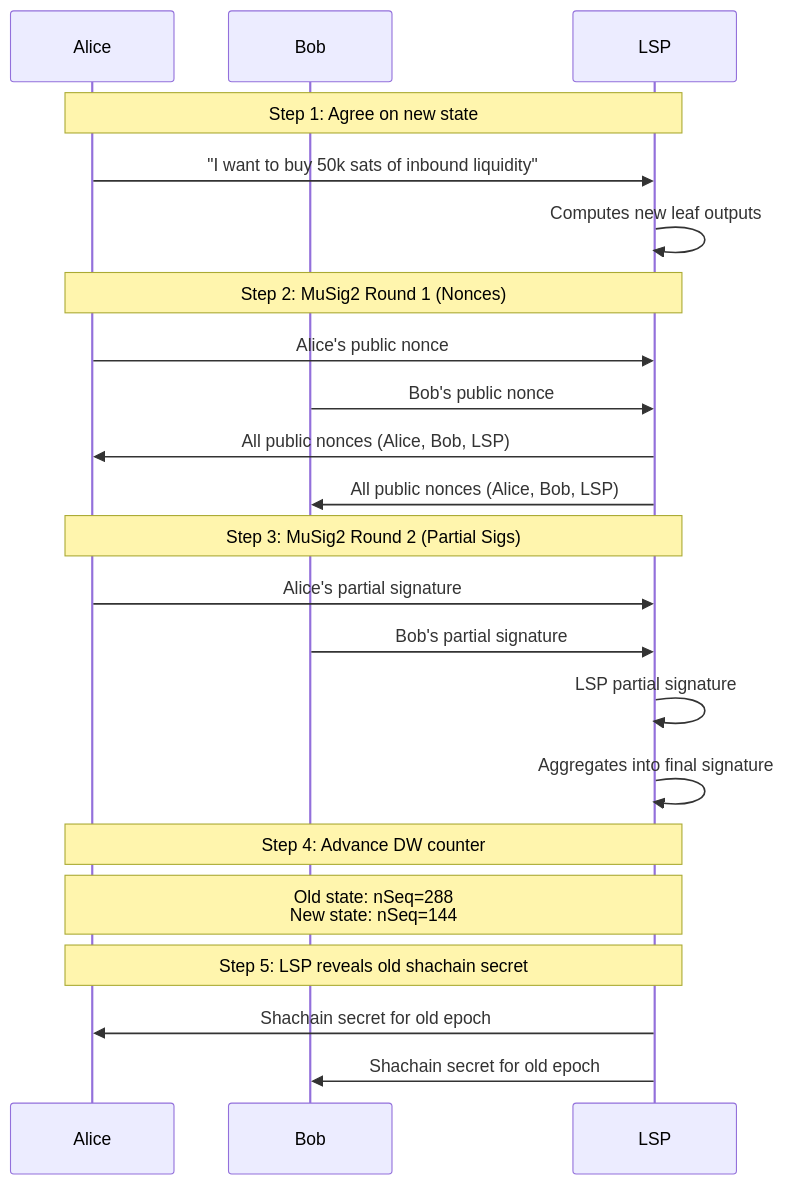
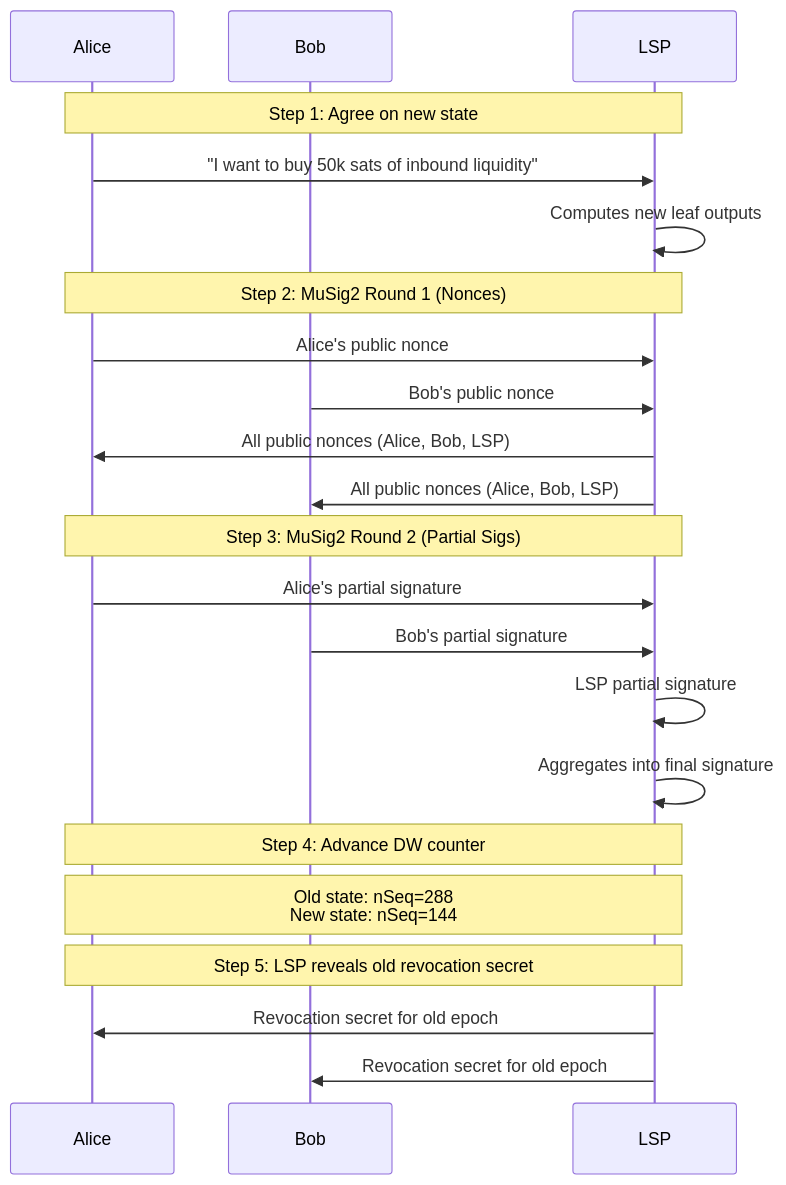
One commit to 8144225309/superscalar-docs changed the second of 2 diagrams in how-it-works/updating-state.md. Above: the diagram before and after it, drawn with Mermaid. The commit also changed other lines of this file and 9 other files, not shown here.

First line of the commit message:
docs: fix migration chart, document flat revocation secrets

````diff
--- a/how-it-works/updating-state.md
+++ b/how-it-works/updating-state.md
@@ -45,29 +45,29 @@
 ```mermaid
 sequenceDiagram
     participant A as Alice
     participant B as Bob
     participant L as LSP
 
     Note over A,L: Step 1: Agree on new state
     A->>L: "I want to buy 50k sats of inbound liquidity"
     L->>L: Computes new leaf outputs
 
     Note over A,L: Step 2: MuSig2 Round 1 (Nonces)
     A->>L: Alice's public nonce
     B->>L: Bob's public nonce
     L->>A: All public nonces (Alice, Bob, LSP)
     L->>B: All public nonces (Alice, Bob, LSP)
 
     Note over A,L: Step 3: MuSig2 Round 2 (Partial Sigs)
     A->>L: Alice's partial signature
     B->>L: Bob's partial signature
     L->>L: LSP partial signature
     L->>L: Aggregates into final signature
 
     Note over A,L: Step 4: Advance DW counter
     Note over A,L: Old state: nSeq=288<br/>New state: nSeq=144
 
-    Note over A,L: Step 5: LSP reveals old shachain secret
-    L->>A: Shachain secret for old epoch
-    L->>B: Shachain secret for old epoch
+    Note over A,L: Step 5: LSP reveals old revocation secret
+    L->>A: Revocation secret for old epoch
+    L->>B: Revocation secret for old epoch
 ```
````
